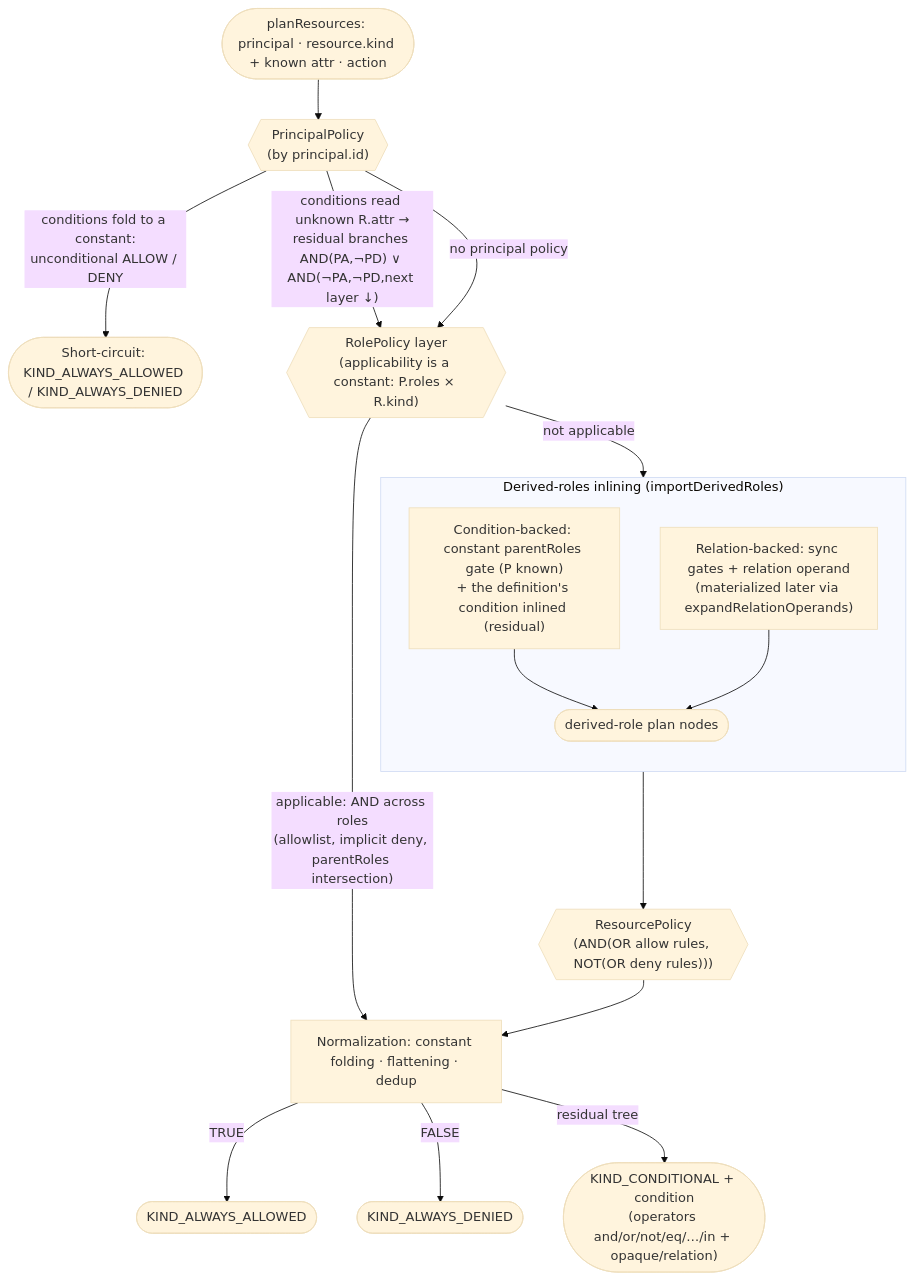
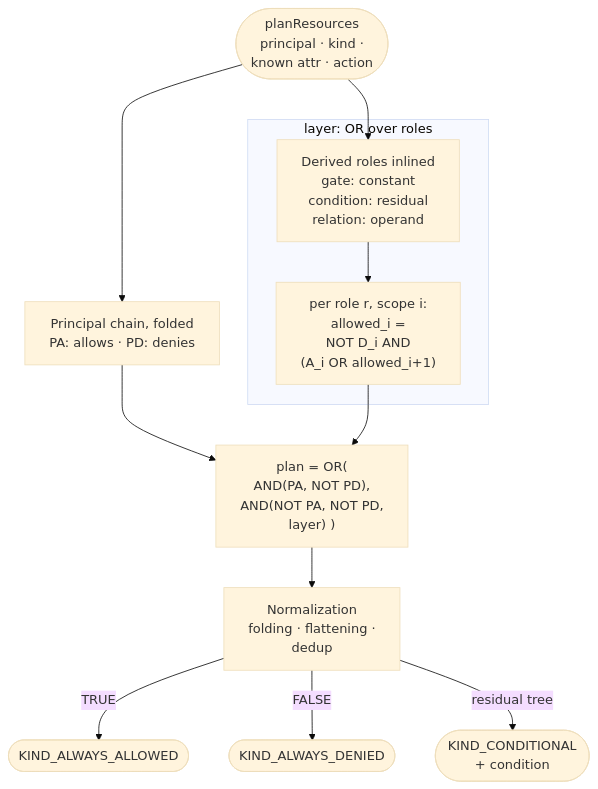
The diagram in docs/guide/query-plans.md (Alexis-Technologies/kerberos), drawn with Mermaid (base theme) before and after one commit. The commit also changed other lines of this file and 15 other files, not shown here.

First line of the commit message:
docs: add architecture diagrams and fix the stale decision-flow docs (#14)

````diff
--- a/docs/guide/query-plans.md
+++ b/docs/guide/query-plans.md
@@ -44,24 +44,18 @@
 ```mermaid
 flowchart TD
-    A([planResources: principal · resource.kind + known attr · action]) --> P{{"PrincipalPolicy<br/>(by principal.id)"}}
+    A(["planResources<br/>principal · kind ·<br/>known attr · action"]) --> P["Principal chain, folded<br/>PA: allows · PD: denies"]
+    A --> DRI
 
-    P -->|"conditions fold to a constant:<br/>unconditional ALLOW / DENY"| SC([Short-circuit: KIND_ALWAYS_ALLOWED / KIND_ALWAYS_DENIED])
-    P -->|"conditions read unknown R.attr →<br/>residual branches AND(PA,¬PD) ∨ AND(¬PA,¬PD,next layer ↓)"| RL
-    P -->|no principal policy| RL{{"RolePolicy layer<br/>(applicability is a constant: P.roles × R.kind)"}}
-
-    RL -->|"applicable: AND across roles<br/>(allowlist, implicit deny, parentRoles intersection)"| NORM
-    RL -->|not applicable| DRI
-
-    subgraph DRI ["Derived-roles inlining (importDerivedRoles)"]
-        direction TB
-        CB["Condition-backed: constant parentRoles gate (P known)<br/>+ the definition's condition inlined (residual)"] --> EDR([derived-role plan nodes])
-        RB["Relation-backed: sync gates + relation operand<br/>(materialized later via expandRelationOperands)"] --> EDR
+    subgraph L ["layer: OR over roles"]
+        DRI["Derived roles inlined<br/>gate: constant<br/>condition: residual<br/>relation: operand"]
+        BKT["per role r, scope i:<br/>allowed_i =<br/>NOT D_i AND<br/>(A_i OR allowed_i+1)"]
+        DRI --> BKT
     end
 
-    EDR --> RES{{"ResourcePolicy<br/>(AND(OR allow rules, NOT(OR deny rules)))"}}
-    RES --> NORM["Normalization: constant folding · flattening · dedup"]
-
+    P --> COMB["plan = OR(<br/>AND(PA, NOT PD),<br/>AND(NOT PA, NOT PD,<br/>layer) )"]
+    BKT --> COMB
+    COMB --> NORM["Normalization<br/>folding · flattening ·<br/>dedup"]
     NORM -->|TRUE| AA([KIND_ALWAYS_ALLOWED])
     NORM -->|FALSE| AD([KIND_ALWAYS_DENIED])
-    NORM -->|residual tree| COND(["KIND_CONDITIONAL + condition<br/>(operators and/or/not/eq/…/in + opaque/relation)"])
+    NORM -->|residual tree| COND(["KIND_CONDITIONAL<br/>+ condition"])
 ```
````
